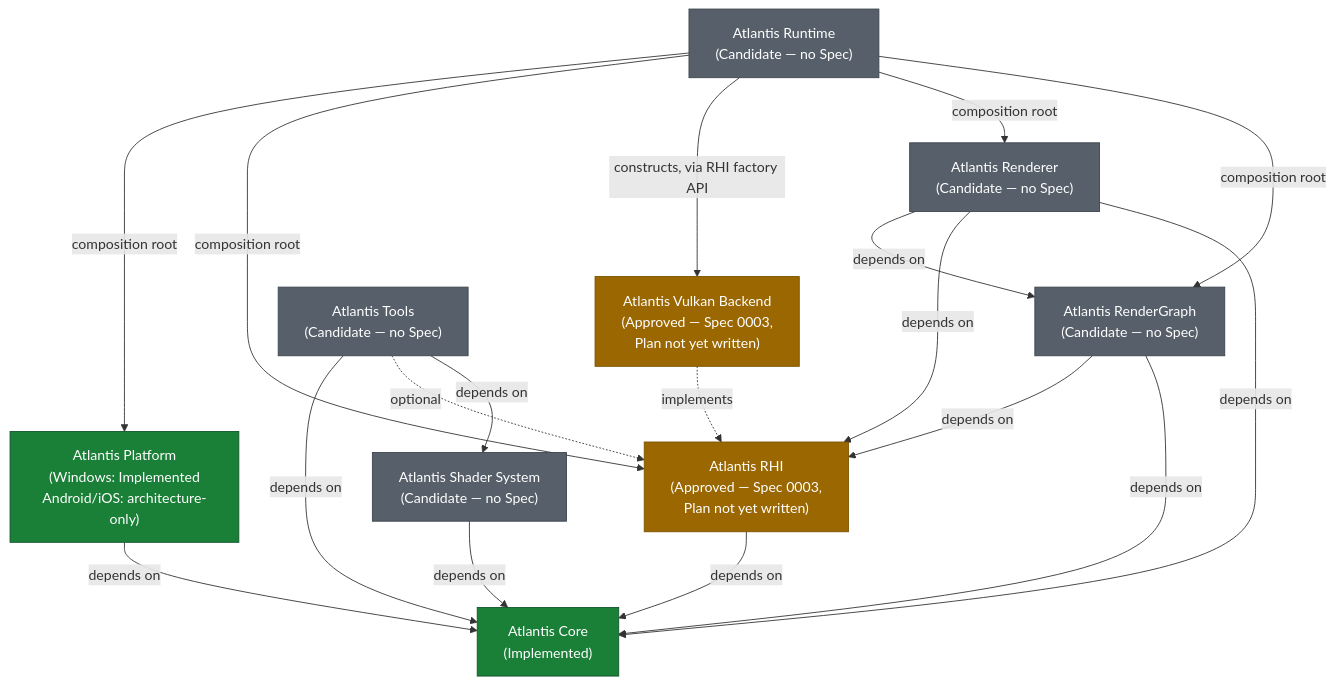
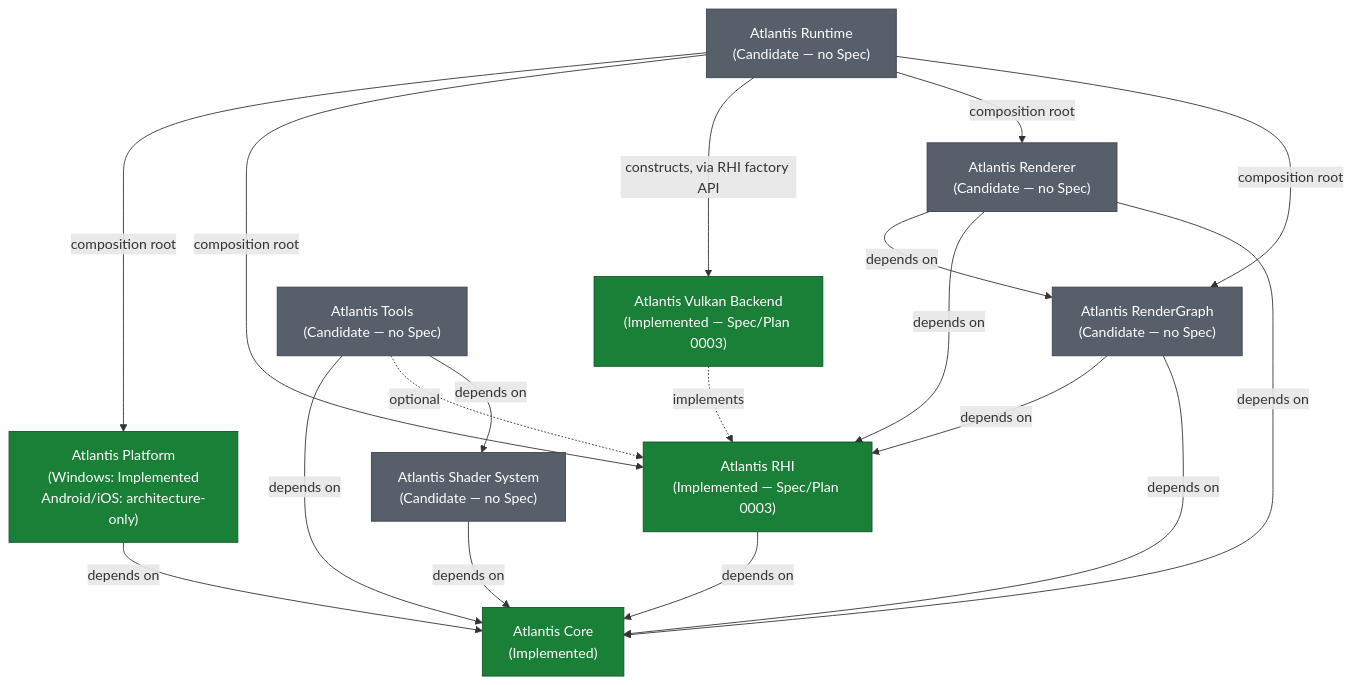
Before and after one commit to slmao/Atlantis: the diagram in docs/project-blueprint.md, drawn with Mermaid. The commit also changed other lines of this file and 2 other files, not shown here.

Commit message:
docs: sync Spec 0003 implementation status

````diff
--- a/docs/project-blueprint.md
+++ b/docs/project-blueprint.md
@@ -89,47 +89,47 @@
 ```mermaid
 graph TD
     Core["Atlantis Core<br/>(Implemented)"]
 
     Platform["Atlantis Platform<br/>(Windows: Implemented<br/>Android/iOS: architecture-only)"]
-    RHI["Atlantis RHI<br/>(Approved — Spec 0003,<br/>Plan not yet written)"]
-    VulkanBackend["Atlantis Vulkan Backend<br/>(Approved — Spec 0003,<br/>Plan not yet written)"]
+    RHI["Atlantis RHI<br/>(Implemented — Spec/Plan 0003)"]
+    VulkanBackend["Atlantis Vulkan Backend<br/>(Implemented — Spec/Plan 0003)"]
     RenderGraph["Atlantis RenderGraph<br/>(Candidate — no Spec)"]
     Renderer["Atlantis Renderer<br/>(Candidate — no Spec)"]
     ShaderSystem["Atlantis Shader System<br/>(Candidate — no Spec)"]
     Runtime["Atlantis Runtime<br/>(Candidate — no Spec)"]
     Tools["Atlantis Tools<br/>(Candidate — no Spec)"]
 
     Platform -->|depends on| Core
     RHI -->|depends on| Core
     RenderGraph -->|depends on| RHI
     RenderGraph -->|depends on| Core
     Renderer -->|depends on| RenderGraph
     Renderer -->|depends on| RHI
     Renderer -->|depends on| Core
     ShaderSystem -->|depends on| Core
     Tools -->|depends on| Core
     Tools -.->|optional| RHI
     Tools -->|depends on| ShaderSystem
 
     VulkanBackend -.->|implements| RHI
 
     Runtime -->|composition root| Platform
     Runtime -->|composition root| RHI
     Runtime -->|constructs, via RHI factory API| VulkanBackend
     Runtime -->|composition root| Renderer
     Runtime -->|composition root| RenderGraph
 
     classDef implemented fill:#1a7f37,color:#fff,stroke:#14532d
     classDef approved fill:#9a6700,color:#fff,stroke:#7c5300
     classDef candidate fill:#57606a,color:#fff,stroke:#3d444d
 
     class Core implemented
     class Platform implemented
-    class RHI approved
-    class VulkanBackend approved
+    class RHI implemented
+    class VulkanBackend implemented
     class RenderGraph candidate
     class Renderer candidate
     class ShaderSystem candidate
     class Runtime candidate
     class Tools candidate
 ```
````
